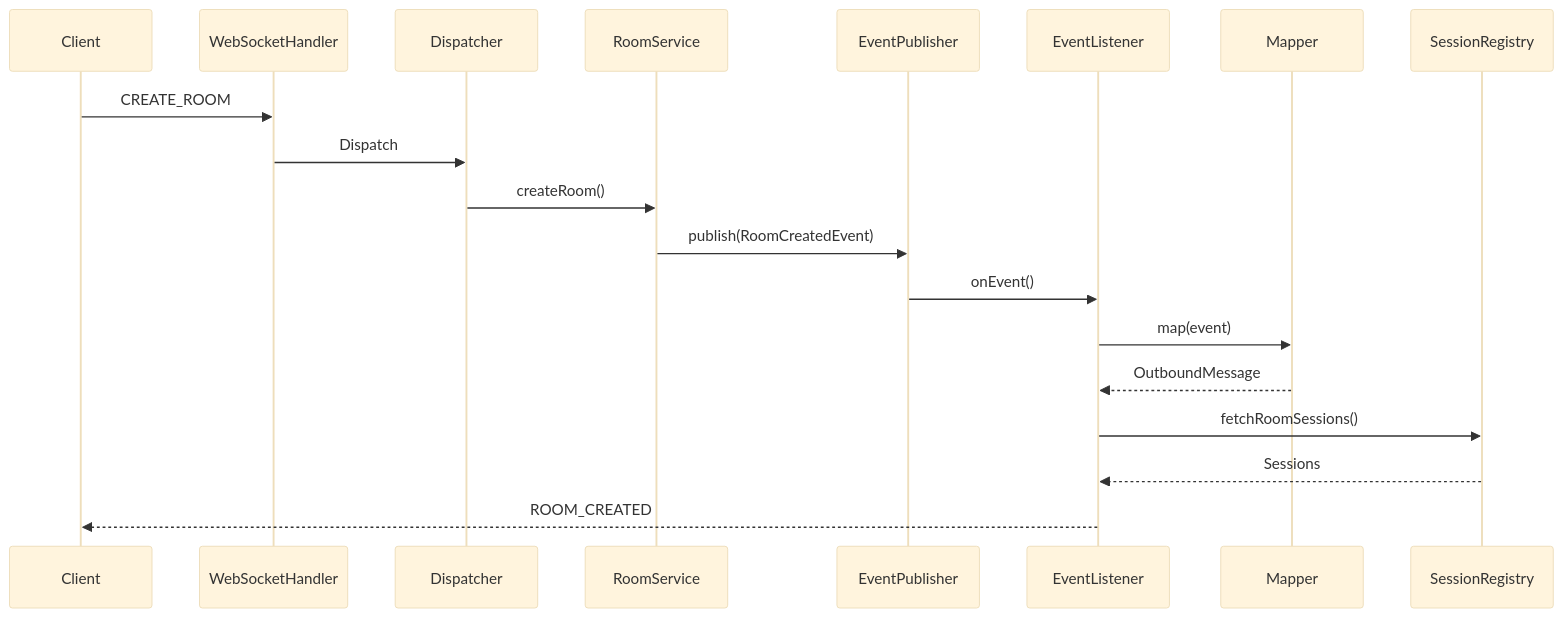
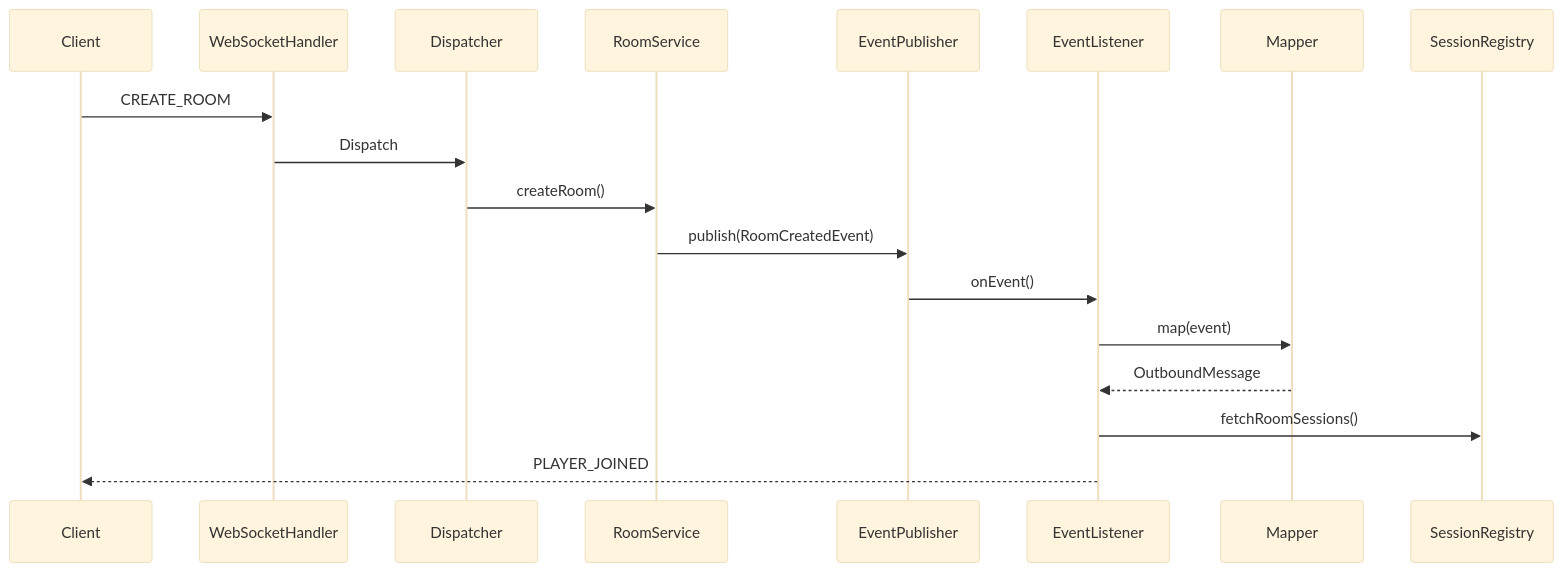
Before and after one commit to AnirudhPandita2020/bingo: the second of 2 diagrams in README.md, drawn with Mermaid (base theme). The commit also changed other lines of this file, not shown here.

````diff
--- a/README.md
+++ b/README.md
@@ -60,21 +77,20 @@
 ```mermaid
 sequenceDiagram
     participant C as Client
     participant W as WebSocketHandler
     participant D as Dispatcher
     participant S as RoomService
     participant P as EventPublisher
     participant L as EventListener
     participant M as Mapper
     participant R as SessionRegistry
     C ->> W: CREATE_ROOM
     W ->> D: Dispatch
     D ->> S: createRoom()
     S ->> P: publish(RoomCreatedEvent)
     P ->> L: onEvent()
     L ->> M: map(event)
     M -->> L: OutboundMessage
     L ->> R: fetchRoomSessions()
-    R -->> L: Sessions
-    L -->> C: ROOM_CREATED
+    L -->> C: PLAYER_JOINED
 ```
````
